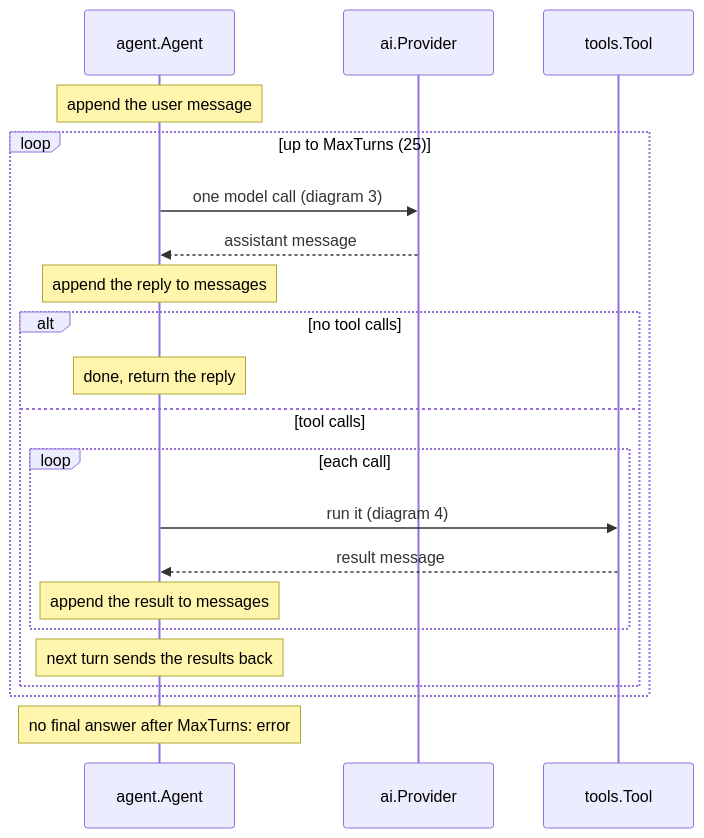
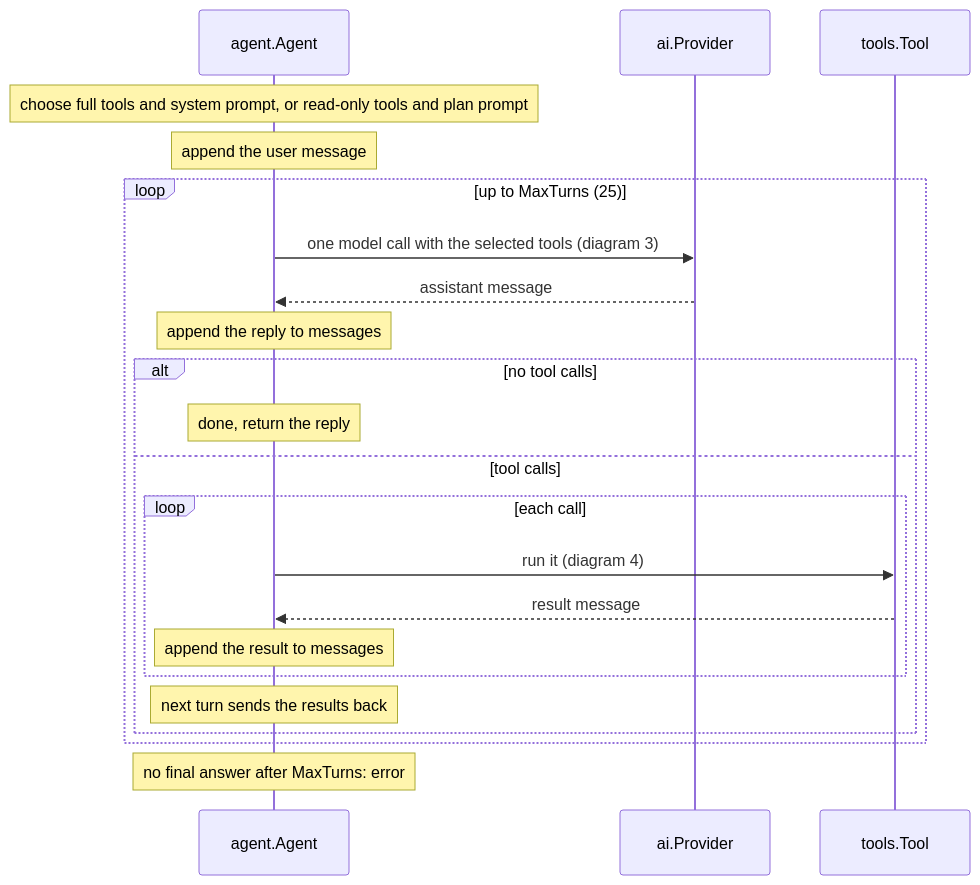
One commit to phucvinh57/pi-go changed the second of 5 diagrams in README.md. Above: the diagram before and after it, drawn with Mermaid. The commit also changed other lines of this file, not shown here.

Commit message:
docs: fix prompt-flow diagram so the reply and plan picker are not exclusive

````diff
--- a/README.md
+++ b/README.md
@@ -197,25 +204,26 @@
 ```mermaid
 sequenceDiagram
     participant Agent as agent.Agent
     participant Model as ai.Provider
     participant Tool as tools.Tool
 
+    Note over Agent: choose full tools and system prompt, or read-only tools and plan prompt
     Note over Agent: append the user message
 
     loop up to MaxTurns (25)
-        Agent->>Model: one model call (diagram 3)
+        Agent->>Model: one model call with the selected tools (diagram 3)
         Model-->>Agent: assistant message
         Note over Agent: append the reply to messages
         alt no tool calls
             Note over Agent: done, return the reply
         else tool calls
             loop each call
                 Agent->>Tool: run it (diagram 4)
                 Tool-->>Agent: result message
                 Note over Agent: append the result to messages
             end
             Note over Agent: next turn sends the results back
         end
     end
     Note over Agent: no final answer after MaxTurns: error
 ```
````
